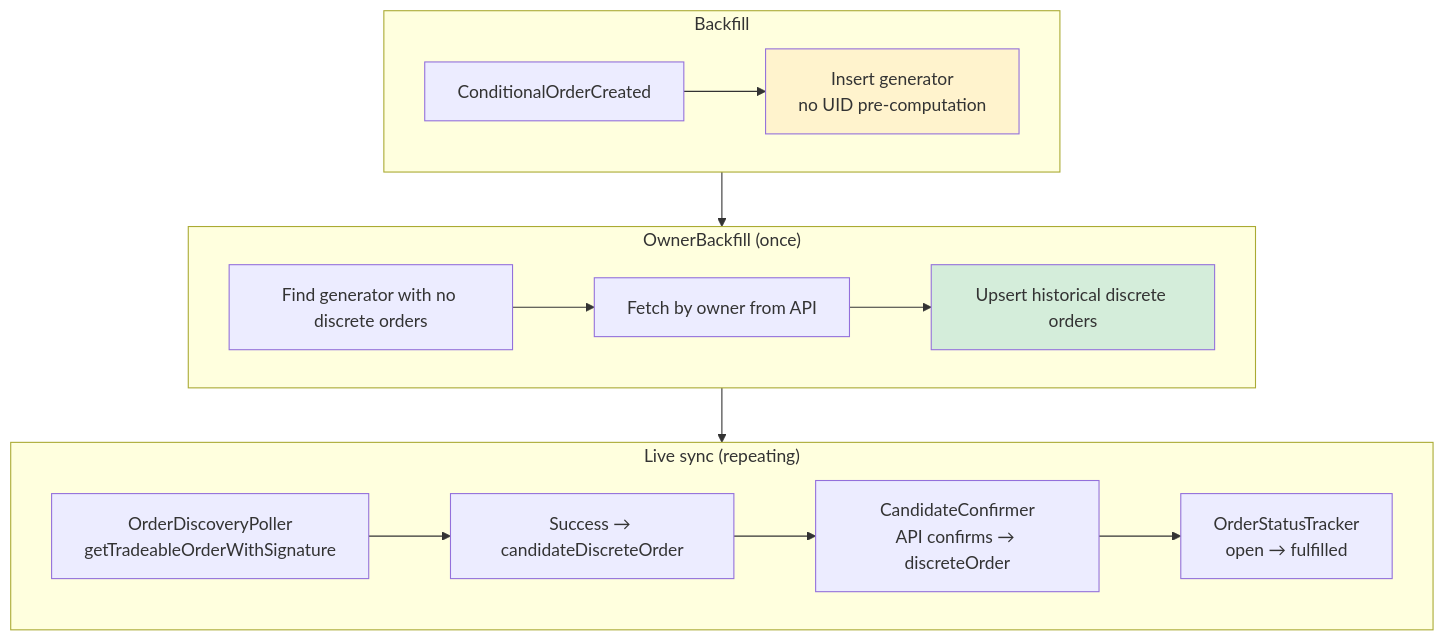
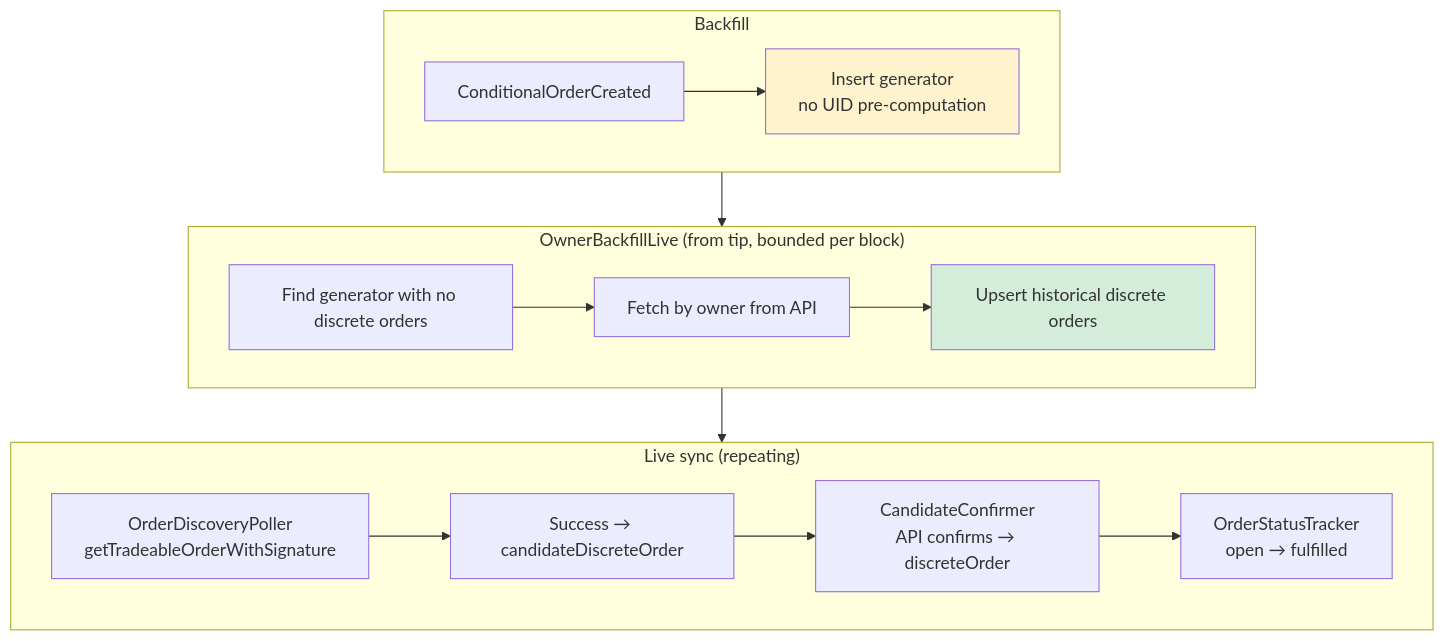
One commit to bleu/cow-programmatic-orders-api changed the sixth of 7 diagrams in agent_docs/orderbook-integration-flow.md. Above: the diagram before and after it, drawn with Mermaid. The commit also changed other lines of this file and 14 other files, not shown here.

First line of the commit message:
perf(backfill): drain owner history only from the tip, not during sync (#115)

````diff
--- a/agent_docs/orderbook-integration-flow.md
+++ b/agent_docs/orderbook-integration-flow.md
@@ -616,28 +614,28 @@
 ```mermaid
 flowchart TD
     subgraph Backfill
         B1["ConditionalOrderCreated"]
         B2["Insert generator<br/>no UID pre-computation"]
         B1 --> B2
     end
 
-    subgraph Bootstrap["OwnerBackfill (once)"]
+    subgraph Bootstrap["OwnerBackfillLive (from tip, bounded per block)"]
         B3["Find generator with no discrete orders"]
         B4["Fetch by owner from API"]
         B5["Upsert historical discrete orders"]
         B3 --> B4 --> B5
     end
 
     subgraph LiveLoop["Live sync (repeating)"]
         OrderDiscoveryPoller["OrderDiscoveryPoller<br/>getTradeableOrderWithSignature"]
         C1S["Success → candidateDiscreteOrder"]
         CandidateConfirmer["CandidateConfirmer<br/>API confirms → discreteOrder"]
         OrderStatusTracker["OrderStatusTracker<br/>open → fulfilled"]
         OrderDiscoveryPoller --> C1S --> CandidateConfirmer --> OrderStatusTracker
     end
 
     Backfill --> Bootstrap --> LiveLoop
 
     style B2 fill:#fff3cd
     style B5 fill:#d4edda
 ```
````
